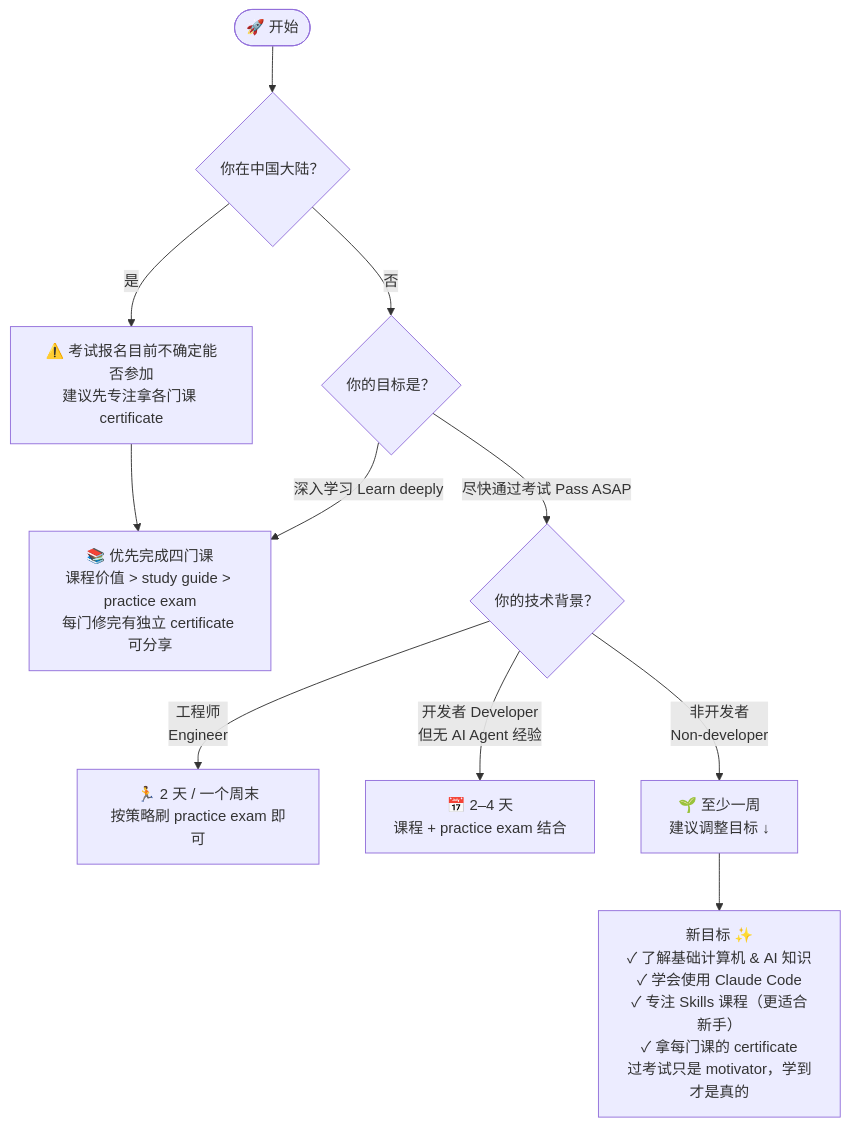
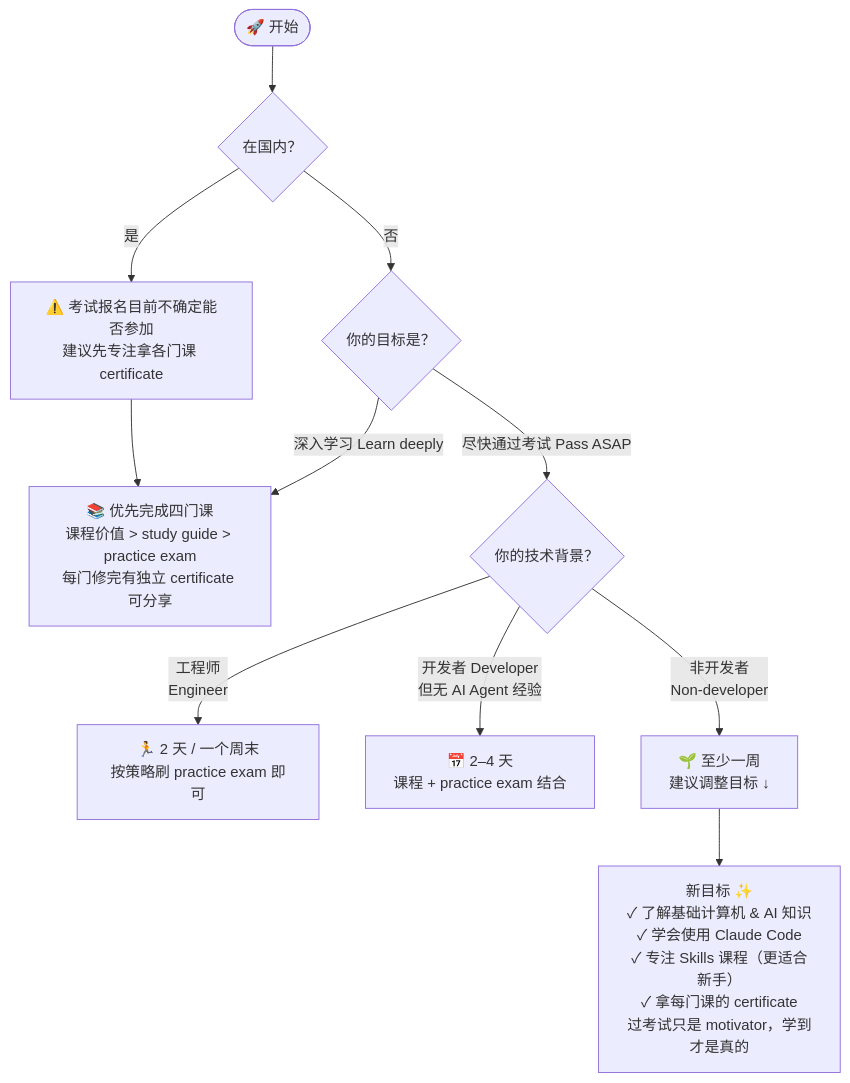
Before and after one commit to anne-creator/claude-cert-guide: the diagram in README.md, drawn with Mermaid.

````diff
--- a/README.md
+++ b/README.md
@@ -11,13 +11,13 @@
 ```mermaid
 flowchart TD
-    A([🚀 开始]) --> B{"你在中国大陆？"}
+    A([🚀 开始]) --> B{"在国内？"}
     B -->|是| C["⚠️ 考试报名目前不确定能否参加<br/>建议先专注拿各门课 certificate"]
     B -->|否| D{"你的目标是？"}
     C --> E
     D -->|"深入学习 Learn deeply"| E["📚 优先完成四门课<br/>课程价值 > study guide > practice exam<br/>每门修完有独立 certificate 可分享"]
     D -->|"尽快通过考试 Pass ASAP"| F{"你的技术背景？"}
     F -->|"工程师<br/>Engineer"| G["🏃 2 天 / 一个周末<br/>按策略刷 practice exam 即可"]
     F -->|"开发者 Developer<br/>但无 AI Agent 经验"| H["📅 2–4 天<br/>课程 + practice exam 结合"]
     F -->|"非开发者<br/>Non-developer"| I["🌱 至少一周<br/>建议调整目标 ↓"]
     I --> J["新目标 ✨<br/>✓ 了解基础计算机 & AI 知识<br/>✓ 学会使用 Claude Code<br/>✓ 专注 Skills 课程（更适合新手）<br/>✓ 拿每门课的 certificate<br/>过考试只是 motivator，学到才是真的"]
 ```
````
